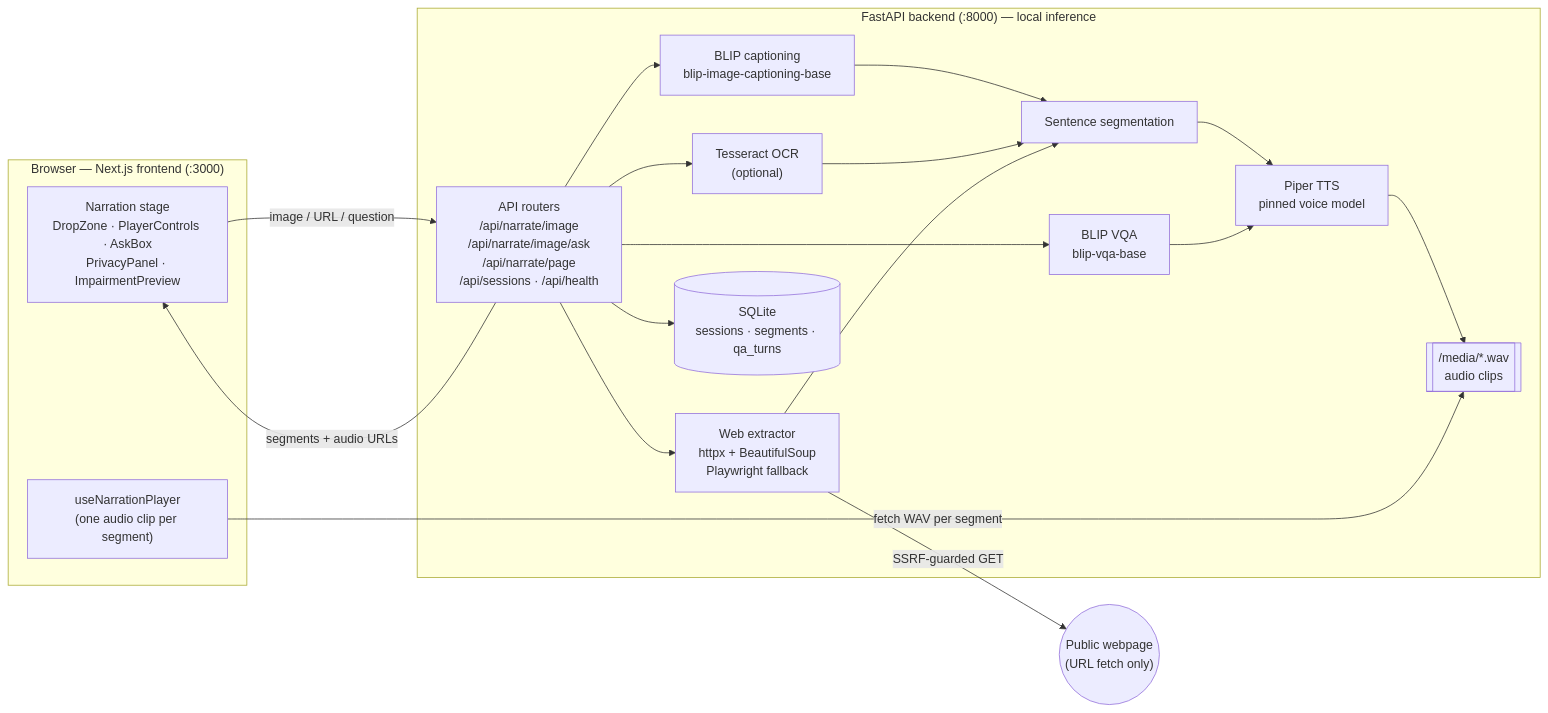
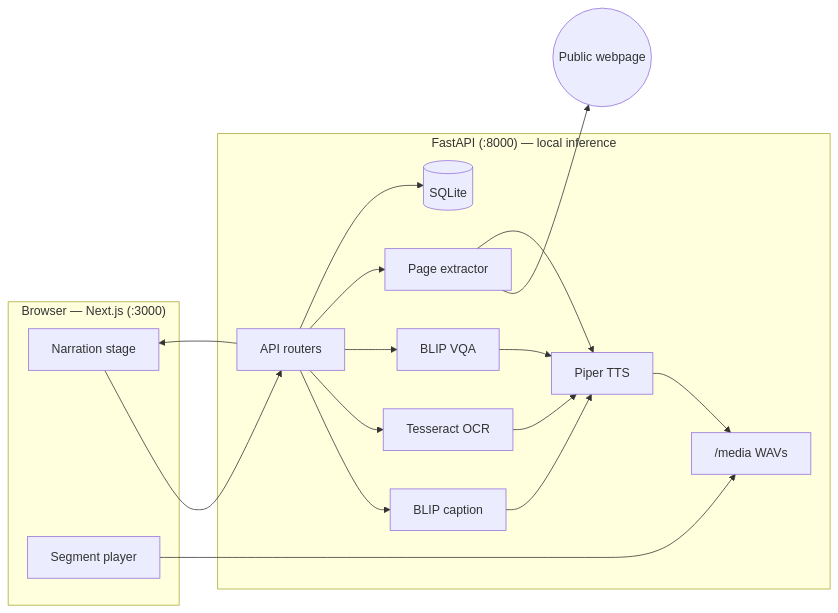
One commit to heenayadavrs/ai-accessibility-narrator changed the diagram in README.md. Above: the diagram before and after it, drawn with Mermaid. The commit also changed other lines of this file and 2 other files, not shown here.

````diff
--- a/README.md
+++ b/README.md
@@ -27,32 +62,29 @@
 ```mermaid
 flowchart LR
-    subgraph Browser["Browser — Next.js frontend (:3000)"]
-        UI["Narration stage<br/>DropZone · PlayerControls · AskBox<br/>PrivacyPanel · ImpairmentPreview"]
-        Player["useNarrationPlayer<br/>(one audio clip per segment)"]
+    subgraph Browser["Browser — Next.js (:3000)"]
+        UI["Narration stage"]
+        Player["Segment player"]
     end
 
-    subgraph Backend["FastAPI backend (:8000) — local inference"]
-        API["API routers<br/>/api/narrate/image<br/>/api/narrate/image/ask<br/>/api/narrate/page<br/>/api/sessions · /api/health"]
-        Cap["BLIP captioning<br/>blip-image-captioning-base"]
-        VQA["BLIP VQA<br/>blip-vqa-base"]
-        OCR["Tesseract OCR<br/>(optional)"]
-        Web["Web extractor<br/>httpx + BeautifulSoup<br/>Playwright fallback"]
-        Seg["Sentence segmentation"]
-        TTS["Piper TTS<br/>pinned voice model"]
-        DB[("SQLite<br/>sessions · segments · qa_turns")]
-        Media[["/media/*.wav<br/>audio clips"]]
+    subgraph Backend["FastAPI (:8000) — local inference"]
+        API["API routers"]
+        Cap["BLIP caption"]
+        VQA["BLIP VQA"]
+        OCR["Tesseract OCR"]
+        Web["Page extractor"]
+        TTS["Piper TTS"]
+        DB[("SQLite")]
+        Media["/media WAVs"]
     end
 
-    Internet(("Public webpage<br/>(URL fetch only)"))
+    Internet(("Public webpage"))
 
-    UI -- "image / URL / question" --> API
-    API --> Cap & OCR & VQA
-    API --> Web
-    Web -- "SSRF-guarded GET" --> Internet
-    Cap & OCR & Web --> Seg --> TTS
+    UI --> API
+    API --> Cap & OCR & VQA & Web
+    Web --> Internet
+    Cap & OCR & Web --> TTS --> Media
     VQA --> TTS
-    TTS --> Media
     API --> DB
-    API -- "segments + audio URLs" --> UI
-    Player -- "fetch WAV per segment" --> Media
+    API --> UI
+    Player --> Media
 ```
````
